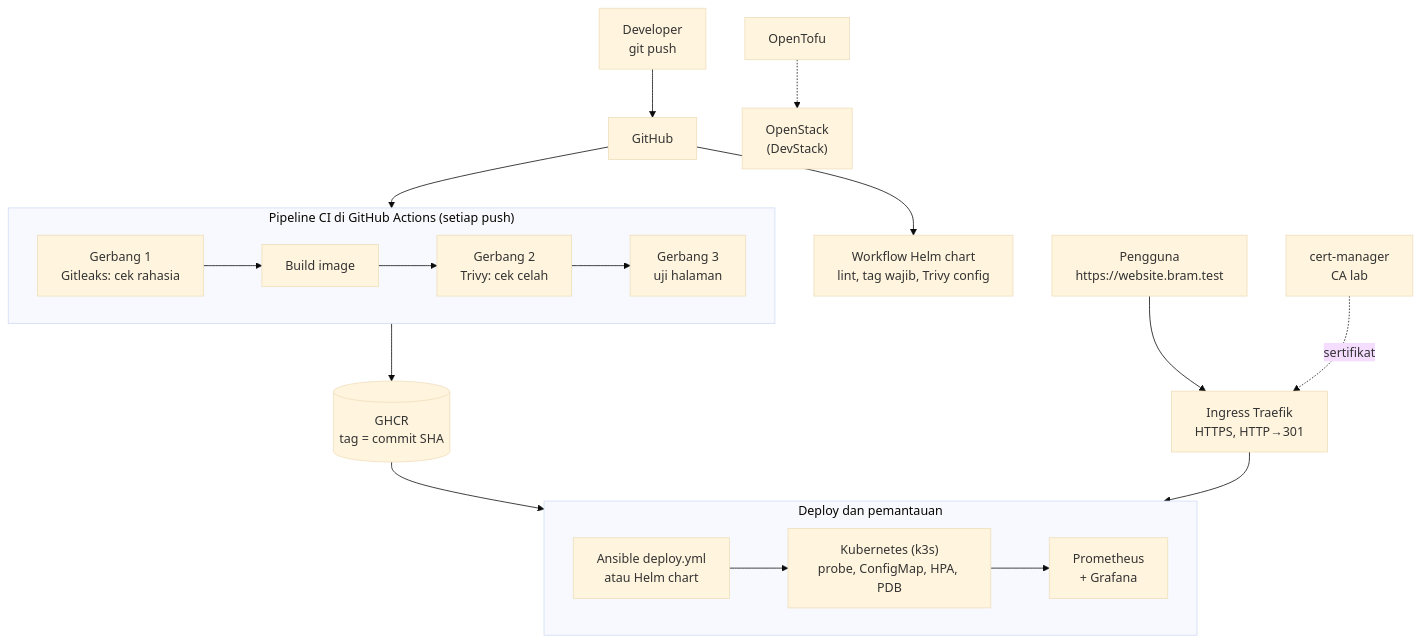
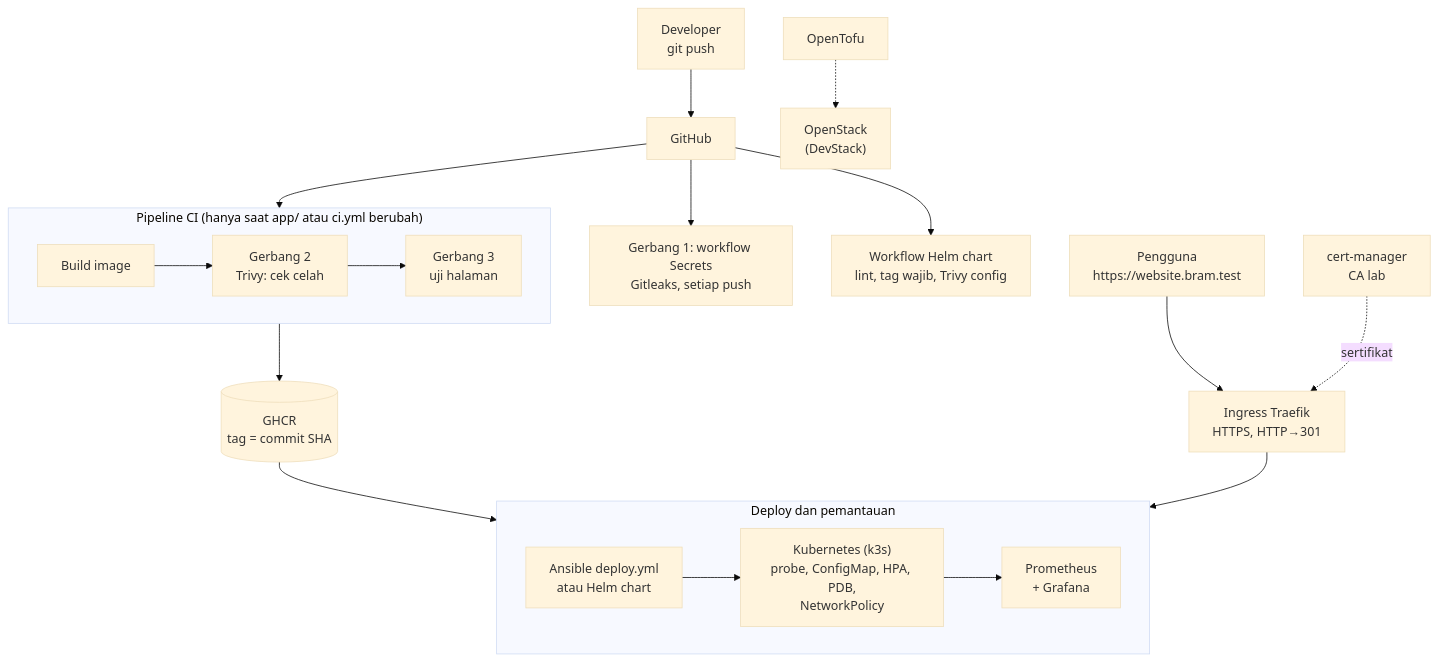
Before and after one commit to Bram-02/devops-website-bram: the diagram in README.md, drawn with Mermaid (base theme). The commit also changed other lines of this file, not shown here.

Commit message:
README: NetworkPolicy, workflow Secrets, tag dari app/, kubectl diff

````diff
--- a/README.md
+++ b/README.md
@@ -16,27 +17,27 @@
 ```mermaid
 flowchart TB
     dev["Developer<br/>git push"] --> gh["GitHub"]
+    gh --> g1["Gerbang 1: workflow Secrets<br/>Gitleaks, setiap push"]
     gh --> CI
     gh --> HC["Workflow Helm chart<br/>lint, tag wajib, Trivy config"]
 
-    subgraph CI["Pipeline CI di GitHub Actions (setiap push)"]
+    subgraph CI["Pipeline CI (hanya saat app/ atau ci.yml berubah)"]
         direction LR
-        g1["Gerbang 1<br/>Gitleaks: cek rahasia"] --> b["Build image"]
-        b --> g2["Gerbang 2<br/>Trivy: cek celah"]
+        b["Build image"] --> g2["Gerbang 2<br/>Trivy: cek celah"]
         g2 --> g3["Gerbang 3<br/>uji halaman"]
     end
 
     CI --> reg[("GHCR<br/>tag = commit SHA")]
 
     subgraph CD["Deploy dan pemantauan"]
         direction LR
-        ans["Ansible deploy.yml<br/>atau Helm chart"] --> k3s["Kubernetes (k3s)<br/>probe, ConfigMap, HPA, PDB"]
+        ans["Ansible deploy.yml<br/>atau Helm chart"] --> k3s["Kubernetes (k3s)<br/>probe, ConfigMap, HPA, PDB,<br/>NetworkPolicy"]
         k3s --> mon["Prometheus<br/>+ Grafana"]
     end
 
     reg --> ans
     user["Pengguna<br/>https://website.bram.test"] --> ing["Ingress Traefik<br/>HTTPS, HTTP→301"]
     ing --> k3s
     cm["cert-manager<br/>CA lab"] -.sertifikat.-> ing
     tofu["OpenTofu"] -.-> os["OpenStack<br/>(DevStack)"]
 ```
````
